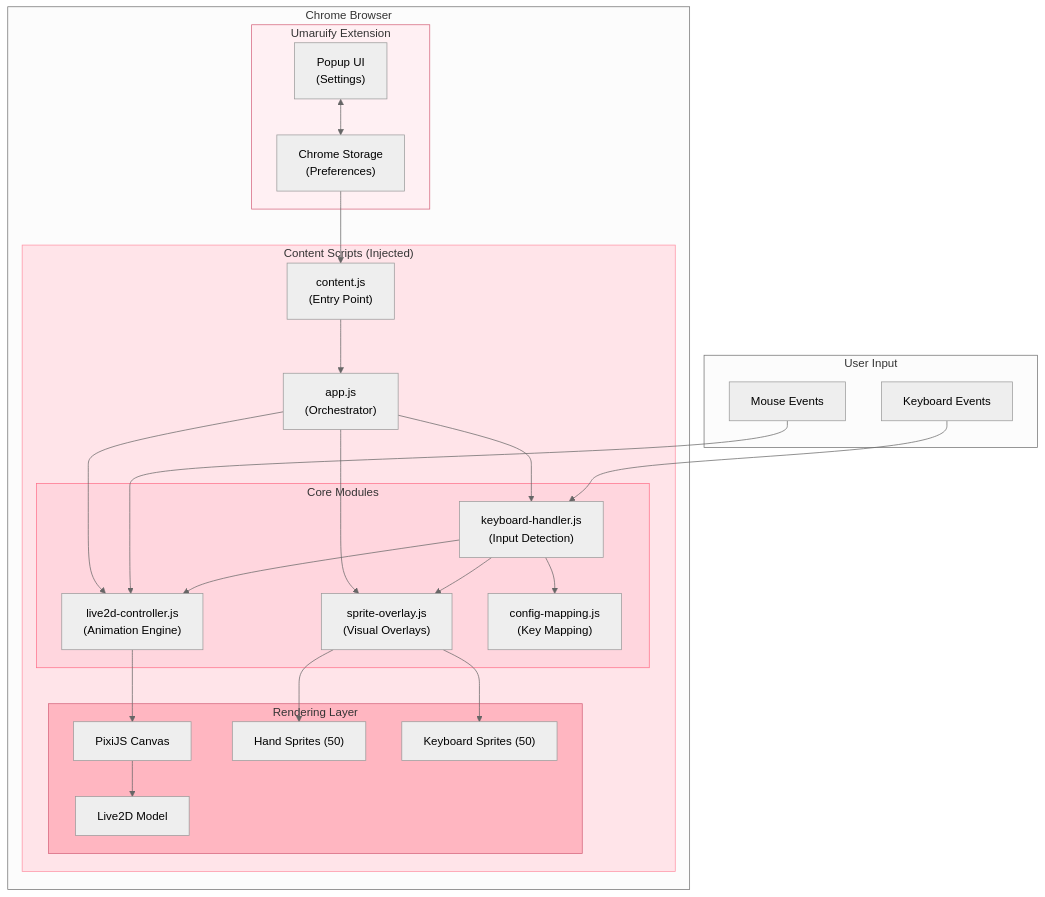
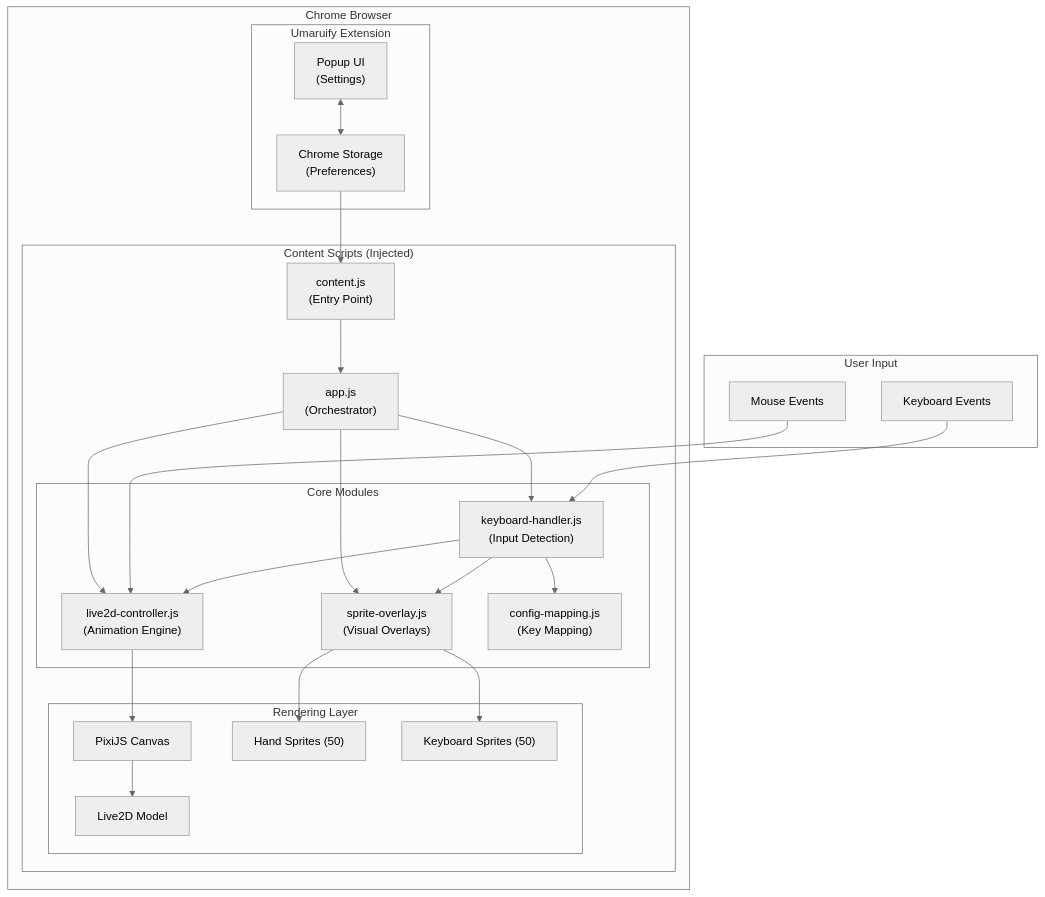
The first of 2 diagrams in README.md (LakshmanTurlapati/Umaruify), drawn with Mermaid (neutral theme) before and after one commit.

Commit message:
Remove mermaid styling and move banner to bottom

````diff
--- a/README.md
+++ b/README.md
@@ -54,57 +50,52 @@
 ```mermaid
 flowchart TB
     subgraph Browser["Chrome Browser"]
         subgraph Extension["Umaruify Extension"]
             Popup["Popup UI<br/>(Settings)"]
             Storage["Chrome Storage<br/>(Preferences)"]
         end
 
         subgraph ContentScript["Content Scripts (Injected)"]
             Content["content.js<br/>(Entry Point)"]
             App["app.js<br/>(Orchestrator)"]
 
             subgraph Modules["Core Modules"]
                 KBHandler["keyboard-handler.js<br/>(Input Detection)"]
                 Live2D["live2d-controller.js<br/>(Animation Engine)"]
                 Sprites["sprite-overlay.js<br/>(Visual Overlays)"]
                 ConfigMap["config-mapping.js<br/>(Key Mapping)"]
             end
 
             subgraph Rendering["Rendering Layer"]
                 PixiJS["PixiJS Canvas"]
                 Live2DModel["Live2D Model"]
                 HandSprites["Hand Sprites (50)"]
                 KBSprites["Keyboard Sprites (50)"]
             end
         end
     end
 
     subgraph UserInput["User Input"]
         Keyboard["Keyboard Events"]
         Mouse["Mouse Events"]
     end
 
     Popup <--> Storage
     Storage --> Content
     Content --> App
     App --> KBHandler
     App --> Live2D
     App --> Sprites
     KBHandler --> ConfigMap
 
     Keyboard --> KBHandler
     Mouse --> Live2D
 
     KBHandler --> Sprites
     KBHandler --> Live2D
 
     Live2D --> PixiJS
     PixiJS --> Live2DModel
     Sprites --> HandSprites
     Sprites --> KBSprites
-
-    style Extension fill:#fff0f3,stroke:#d4627a
-    style ContentScript fill:#ffe4e9,stroke:#ff91a4
-    style Modules fill:#ffd6de,stroke:#ff7089
-    style Rendering fill:#ffb6c1,stroke:#d4627a
 ```
````
